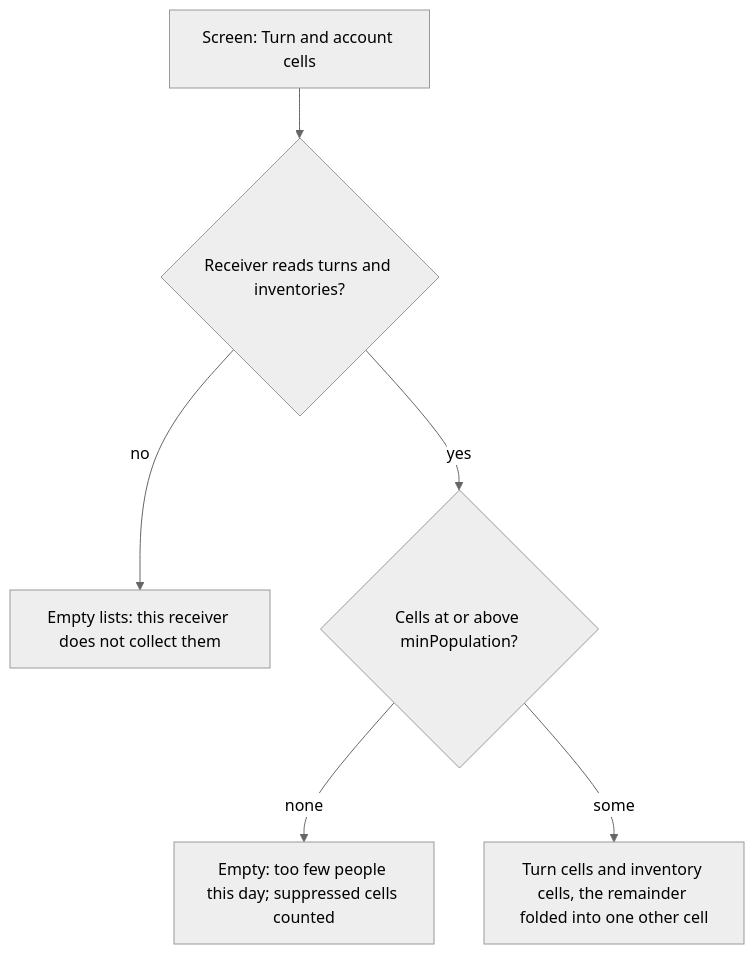
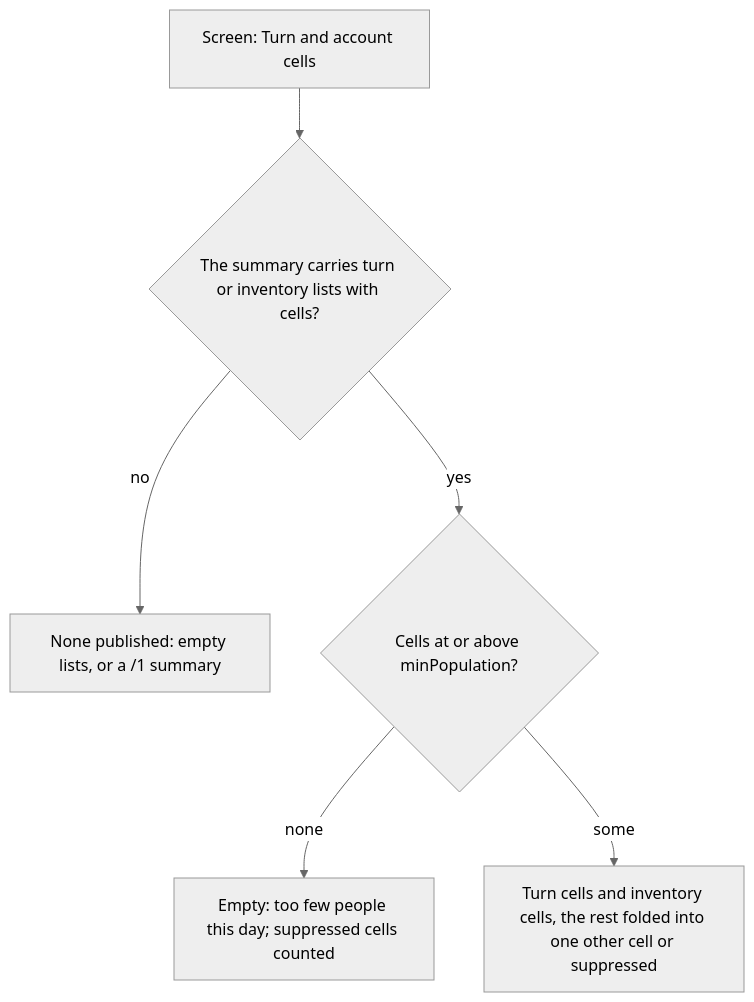
One commit to passioncode-ai/fabric-agent-contract changed diagram 35 of 35 in docs/ux/flows.md. Above: the diagram before and after it, drawn with Mermaid (neutral theme). The commit also changed other lines of this file and 6 other files, not shown here.

Commit message:
Fixes wave round 1 folded: FLW-35's floor reads at or above; none-published state; SCN-063 and SCN-064 wording; SCR-31 coverage; CT-314 design citation; a relayed mandate's route pinned by a test

````diff
--- a/docs/ux/flows.md
+++ b/docs/ux/flows.md
@@ -1014,8 +1014,8 @@
 ```mermaid
 flowchart TD
-  A[Screen: Turn and account cells] --> R{Receiver reads turns and inventories?}
-  R -->|no| N[Empty lists: this receiver does not collect them]
+  A[Screen: Turn and account cells] --> R{The summary carries turn or inventory lists with cells?}
+  R -->|no| N[None published: empty lists, or a /1 summary]
   R -->|yes| D{Cells at or above minPopulation?}
   D -->|none| E[Empty: too few people this day; suppressed cells counted]
-  D -->|some| S[Turn cells and inventory cells, the remainder folded into one other cell]
+  D -->|some| S[Turn cells and inventory cells, the rest folded into one other cell or suppressed]
 ```
````
